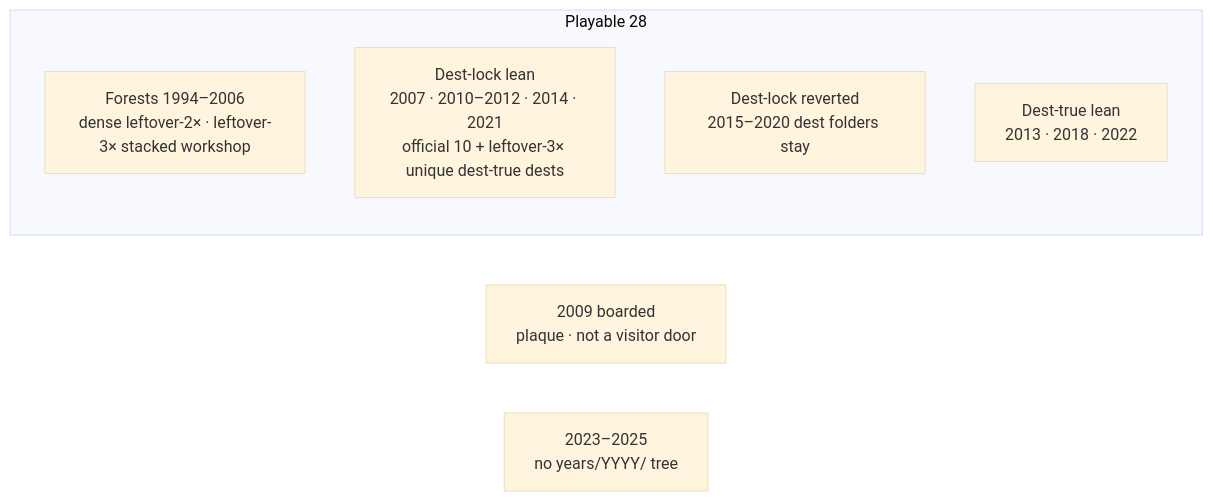
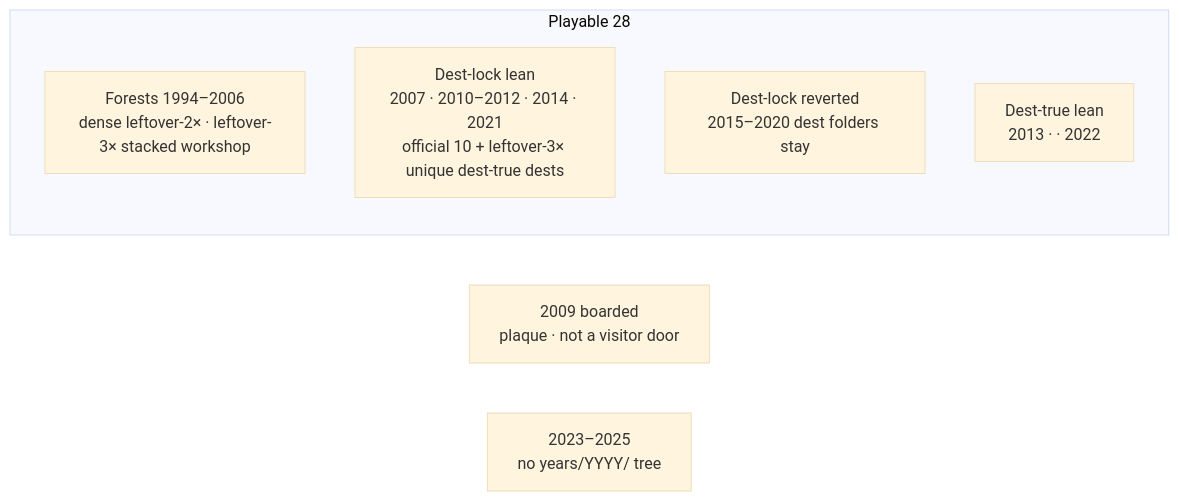
One commit to sourabhligade/internet-through-time changed the second of 5 diagrams in docs/FLOW-CHECK-DIAGRAM.md. Above: the diagram before and after it, drawn with Mermaid (base theme). The commit also changed other lines of this file and 386 other files, not shown here.

````diff
--- a/docs/FLOW-CHECK-DIAGRAM.md
+++ b/docs/FLOW-CHECK-DIAGRAM.md
@@ -52,11 +52,11 @@
 ```mermaid
 flowchart LR
   subgraph PLAY["Playable 28"]
     FOR["Forests 1994–2006<br/>dense leftover-2× · leftover-3× stacked workshop"]
     LOCK["Dest-lock lean<br/>2007 · 2010–2012 · 2014 · 2021<br/>official 10 + leftover-3× unique dest-true dests"]
     REV["Dest-lock reverted<br/>2015–2020 dest folders stay"]
-    LEAN["Dest-true lean<br/>2013 · 2018 · 2022"]
+    LEAN["Dest-true lean<br/>2013 ·  · 2022"]
   end
   BOARD["2009 boarded<br/>plaque · not a visitor door"]
   WIPE["2023–2025<br/>no years/YYYY/ tree"]
 ```
````
